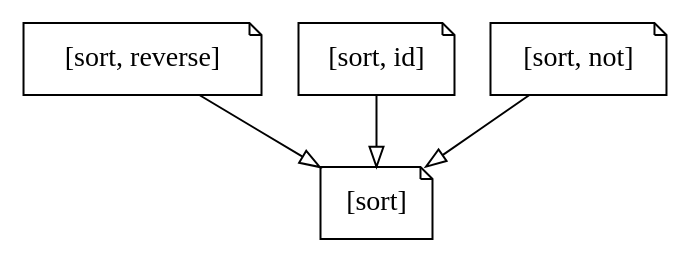
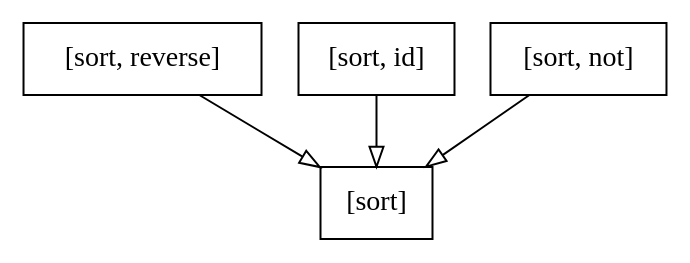
Before and after one commit to NorfairKing/thesis: the diagram in assets/chunks.dot, drawn with Graphviz. The commit also changed 16 other files, not shown here.

```diff
--- a/assets/chunks.dot
+++ b/assets/chunks.dot
@@ -1,11 +1,11 @@
 digraph chunks {
-  node [shape="note"];
+  node [shape="rectangle"];
   edge [arrowhead="empty"];
   l1 [label="[sort]"];
   l2a [label="[sort, reverse]"];
   l2b [label="[sort, id]"];
   l2c [label="[sort, not]"];
   l2a -> l1;
   l2b -> l1;
   l2c -> l1;
 }
```
